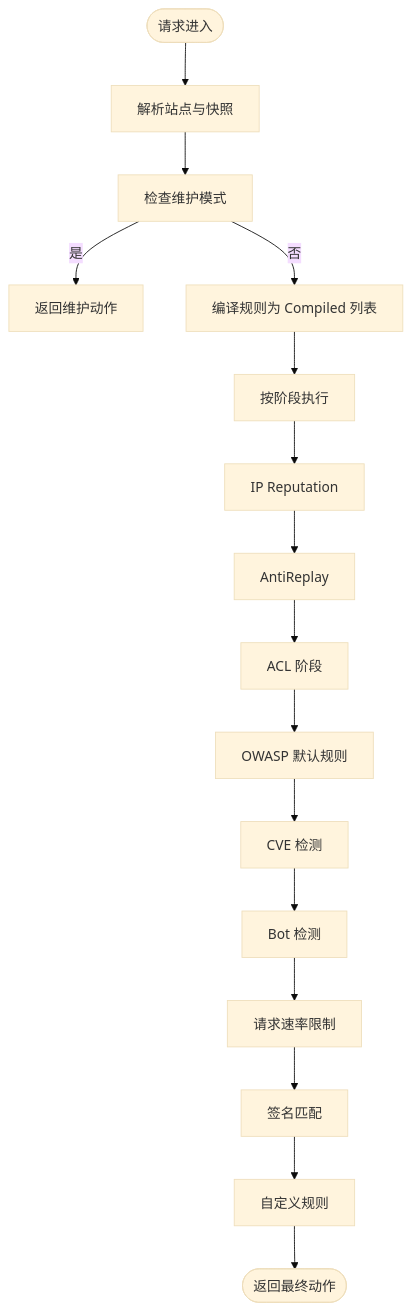
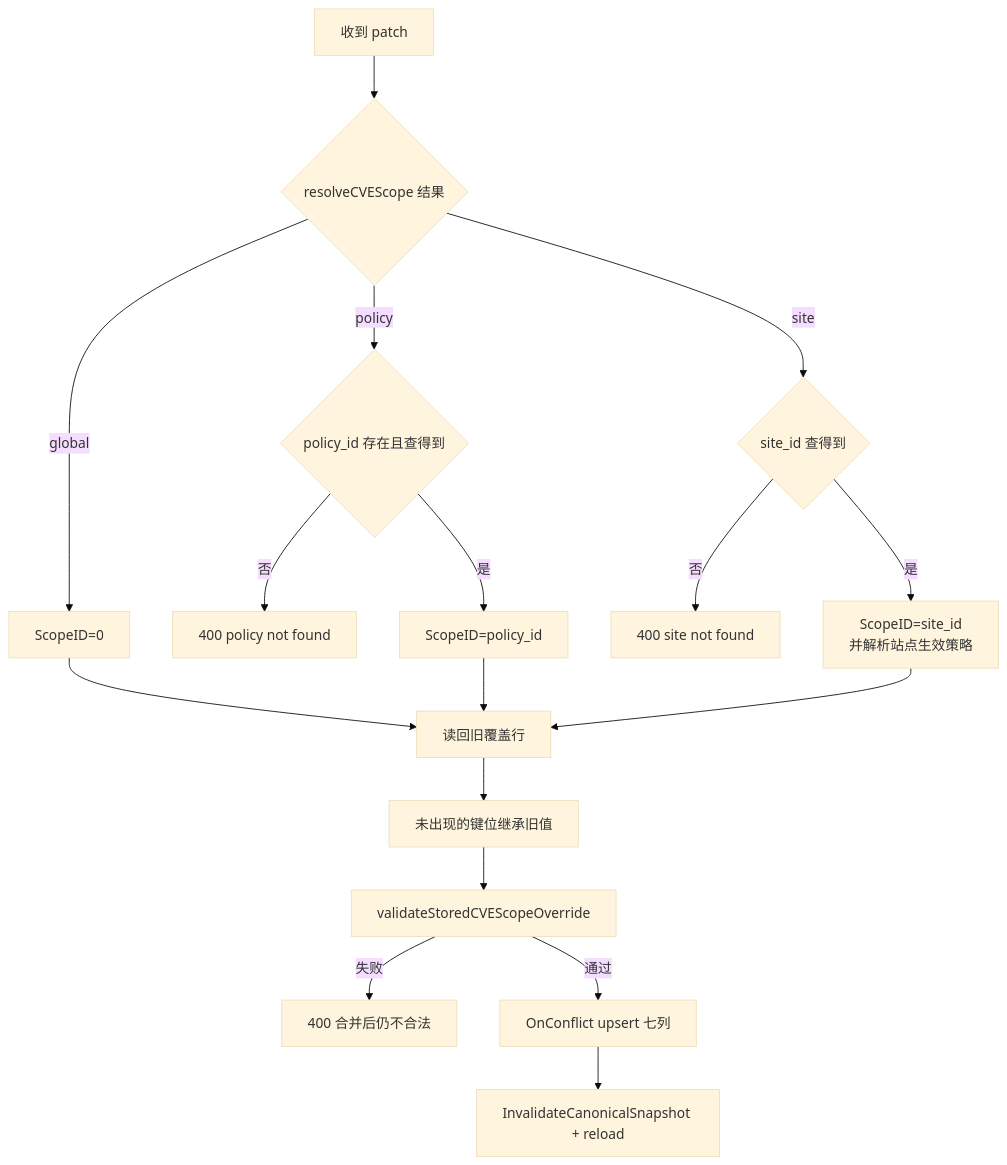
The fourth of 6 diagrams in docs/管理 API 系统/规则管理 API/规则管理 API.md (x01n/My-OpenWaf), drawn with Mermaid (base theme) before and after one commit. The commit also changed other lines of this file and 622 other files, not shown here.

````diff
--- a/docs/管理 API 系统/规则管理 API/规则管理 API.md
+++ b/docs/管理 API 系统/规则管理 API/规则管理 API.md
@@ -254,18 +459,19 @@
 ```mermaid
 flowchart TD
-Start(["请求进入"]) --> Resolve["解析站点与快照"]
-Resolve --> CheckMaint["检查维护模式"]
-CheckMaint --> |是| ReturnMaint["返回维护动作"]
-CheckMaint --> |否| Compile["编译规则为 Compiled 列表"]
-Compile --> Phases["按阶段执行"]
-Phases --> IPRep["IP Reputation"]
-IPRep --> AntiReplay["AntiReplay"]
-AntiReplay --> ACL["ACL 阶段"]
-ACL --> OWASP["OWASP 默认规则"]
-OWASP --> CVE["CVE 检测"]
-CVE --> Bot["Bot 检测"]
-Bot --> Rate["请求速率限制"]
-Rate --> Sign["签名匹配"]
-Sign --> Custom["自定义规则"]
-Custom --> Done(["返回最终动作"])
+  A["收到 patch"] --> B{"resolveCVEScope 结果"}
+  B --> |global| C["ScopeID=0"]
+  B --> |policy| D{"policy_id 存在且查得到"}
+  D --> |否| E["400 policy not found"]
+  D --> |是| F["ScopeID=policy_id"]
+  B --> |site| G{"site_id 查得到"}
+  G --> |否| H["400 site not found"]
+  G --> |是| I["ScopeID=site_id<br/>并解析站点生效策略"]
+  C --> J["读回旧覆盖行"]
+  F --> J
+  I --> J
+  J --> K["未出现的键位继承旧值"]
+  K --> L["validateStoredCVEScopeOverride"]
+  L --> |失败| M["400 合并后仍不合法"]
+  L --> |通过| N["OnConflict upsert 七列"]
+  N --> O["InvalidateCanonicalSnapshot + reload"]
 ```
````
